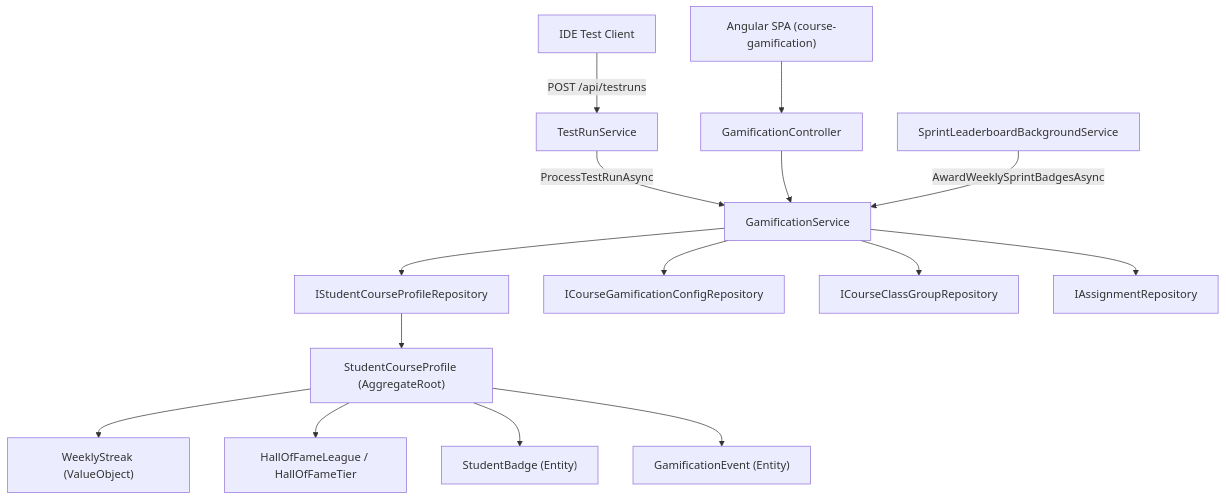
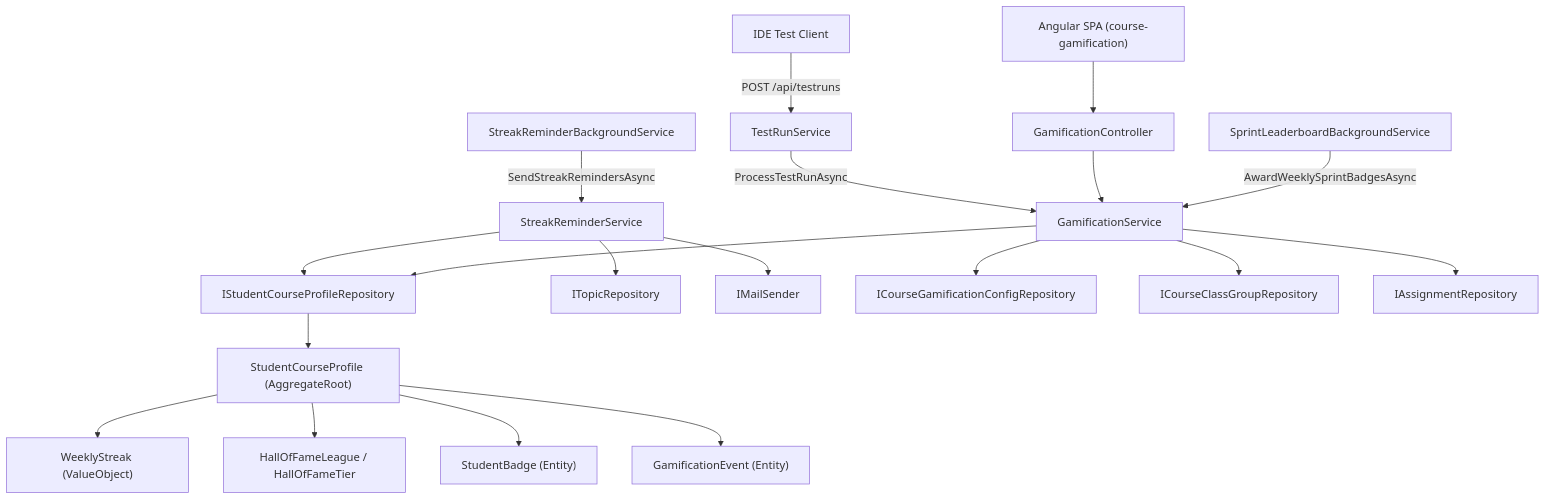
One commit to PXL-IT-NET/Guts changed the diagram in Backoffice/specs/002-gamification/design.md. Above: the diagram before and after it, drawn with Mermaid. The commit also changed other lines of this file and 17 other files, not shown here.

First line of the commit message:
feat: Implement Thursday Midday Streak Reminder Notifications and Throttled Queue (#111)

````diff
--- a/Backoffice/specs/002-gamification/design.md
+++ b/Backoffice/specs/002-gamification/design.md
@@ -13,17 +13,21 @@
 ```mermaid
 flowchart TD
     IDE["IDE Test Client"] -->|POST /api/testruns| TRS["TestRunService"]
     TRS -->|ProcessTestRunAsync| GS["GamificationService"]
     SPA["Angular SPA (course-gamification)"] --> GC["GamificationController"]
     GC --> GS
     BG["SprintLeaderboardBackgroundService"] -->|AwardWeeklySprintBadgesAsync| GS
-    GS --> SCPR["IStudentCourseProfileRepository"]
+    SRBG["StreakReminderBackgroundService"] -->|SendStreakRemindersAsync| SRS["StreakReminderService"]
+    SRS --> SCPR["IStudentCourseProfileRepository"]
+    SRS --> TR["ITopicRepository"]
+    SRS --> MS["IMailSender"]
+    GS --> SCPR
     GS --> CGCR["ICourseGamificationConfigRepository"]
     GS --> CCGR["ICourseClassGroupRepository"]
     GS --> AR["IAssignmentRepository"]
     SCPR --> SCP["StudentCourseProfile (AggregateRoot)"]
     SCP --> WS["WeeklyStreak (ValueObject)"]
     SCP --> HOFL["HallOfFameLeague / HallOfFameTier"]
     SCP --> SB["StudentBadge (Entity)"]
     SCP --> GE["GamificationEvent (Entity)"]
 ```
````
